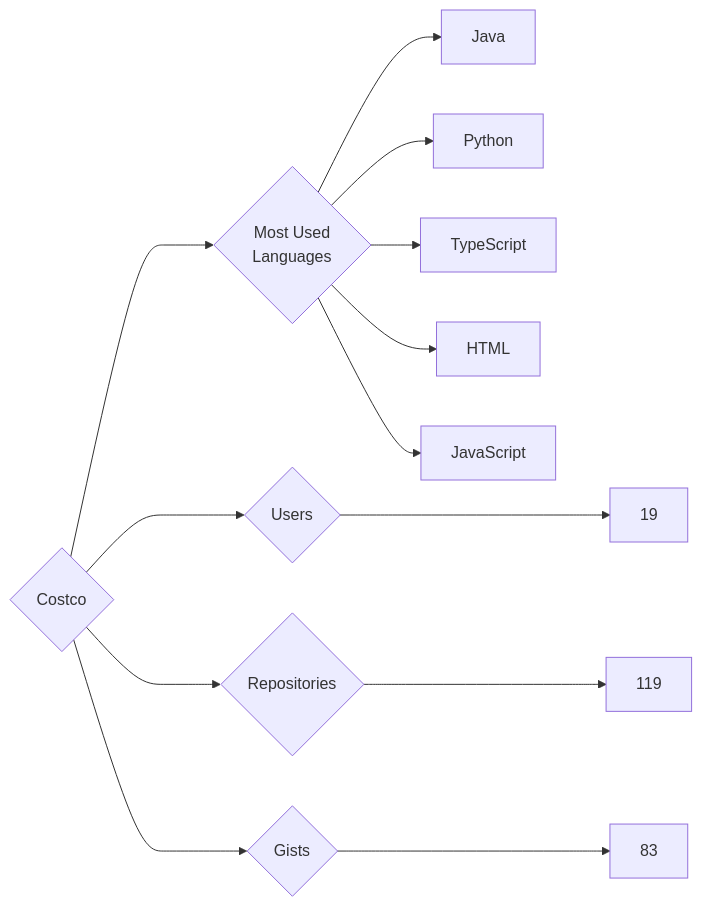
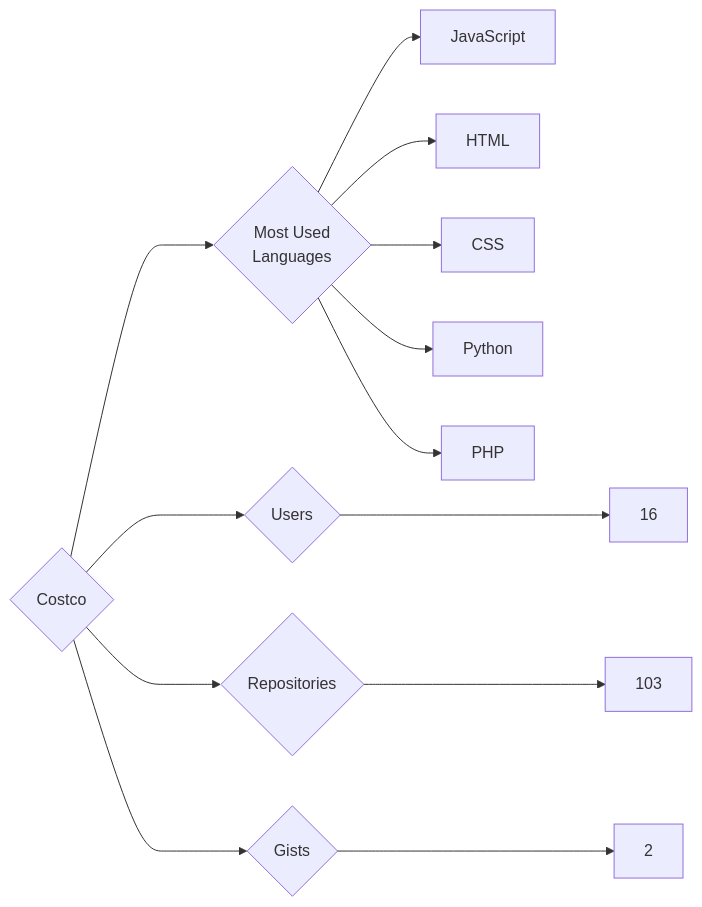
One commit to trickest/insiders changed the diagram in targets/Costco/README.md. Above: the diagram before and after it, drawn with Mermaid. The commit also changed 681 other files, not shown here.

````diff
--- a/targets/Costco/README.md
+++ b/targets/Costco/README.md
@@ -3,13 +3,13 @@
 ```mermaid
 graph LR
 COMPANY_NAME{Costco}
-COMPANY_NAME ---> U{Users} ---> UN[19]
-COMPANY_NAME ---> R{Repositories} ---> RN[119]
-COMPANY_NAME ---> G{Gists} ---> GN[83]
+COMPANY_NAME ---> U{Users} ---> UN[16]
+COMPANY_NAME ---> R{Repositories} ---> RN[103]
+COMPANY_NAME ---> G{Gists} ---> GN[2]
 COMPANY_NAME ---> ML{Most Used<br>Languages}
-ML --> Java[Java]
+ML --> JavaScript[JavaScript]
+ML --> HTML[HTML]
+ML --> CSS[CSS]
 ML --> Python[Python]
-ML --> TypeScript[TypeScript]
-ML --> HTML[HTML]
-ML --> JavaScript[JavaScript]
+ML --> PHP[PHP]
 ```
````
